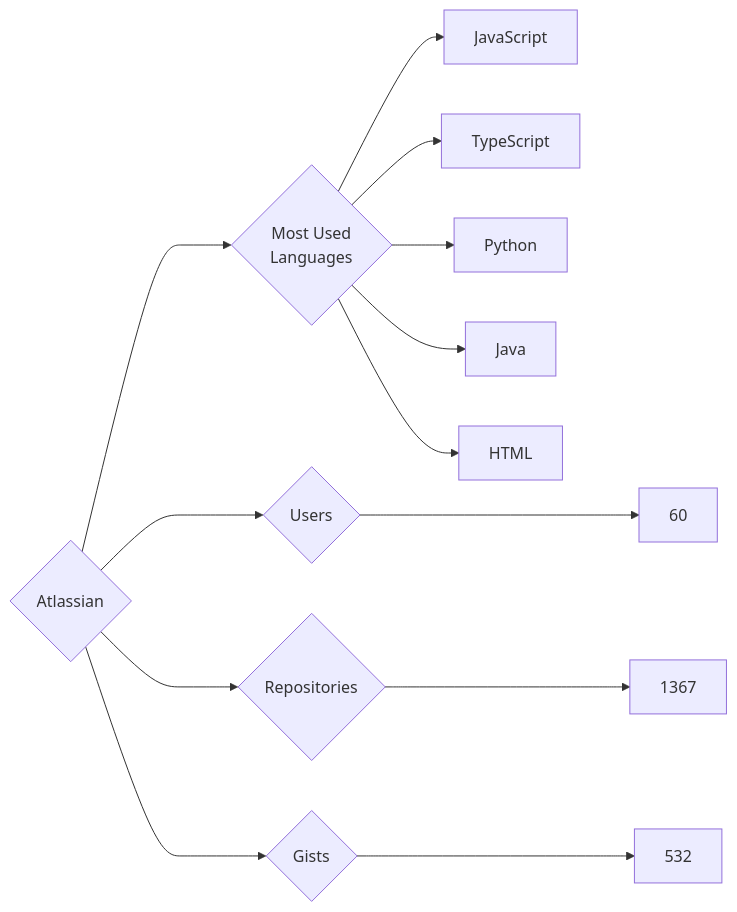
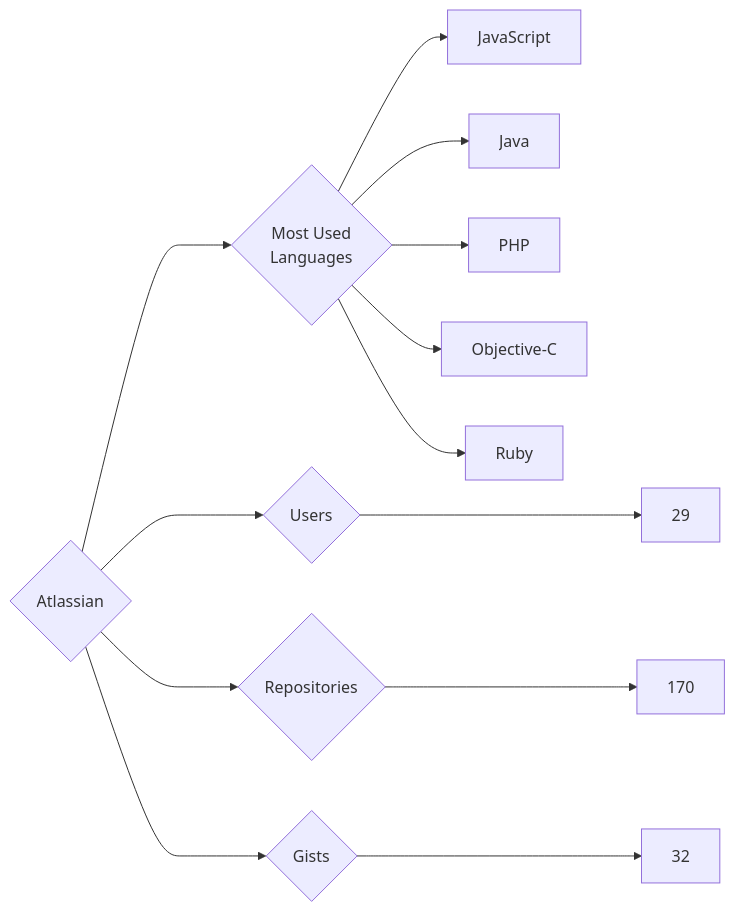
The diagram in targets/Atlassian/README.md (trickest/insiders), drawn with Mermaid before and after one commit. The commit also changed 752 other files, not shown here.

````diff
--- a/targets/Atlassian/README.md
+++ b/targets/Atlassian/README.md
@@ -3,13 +3,13 @@
 ```mermaid
 graph LR
 COMPANY_NAME{Atlassian}
-COMPANY_NAME ---> U{Users} ---> UN[60]
-COMPANY_NAME ---> R{Repositories} ---> RN[1367]
-COMPANY_NAME ---> G{Gists} ---> GN[532]
+COMPANY_NAME ---> U{Users} ---> UN[29]
+COMPANY_NAME ---> R{Repositories} ---> RN[170]
+COMPANY_NAME ---> G{Gists} ---> GN[32]
 COMPANY_NAME ---> ML{Most Used<br>Languages}
 ML --> JavaScript[JavaScript]
-ML --> TypeScript[TypeScript]
-ML --> Python[Python]
 ML --> Java[Java]
-ML --> HTML[HTML]
+ML --> PHP[PHP]
+ML --> Objective-C[Objective-C]
+ML --> Ruby[Ruby]
 ```
````
